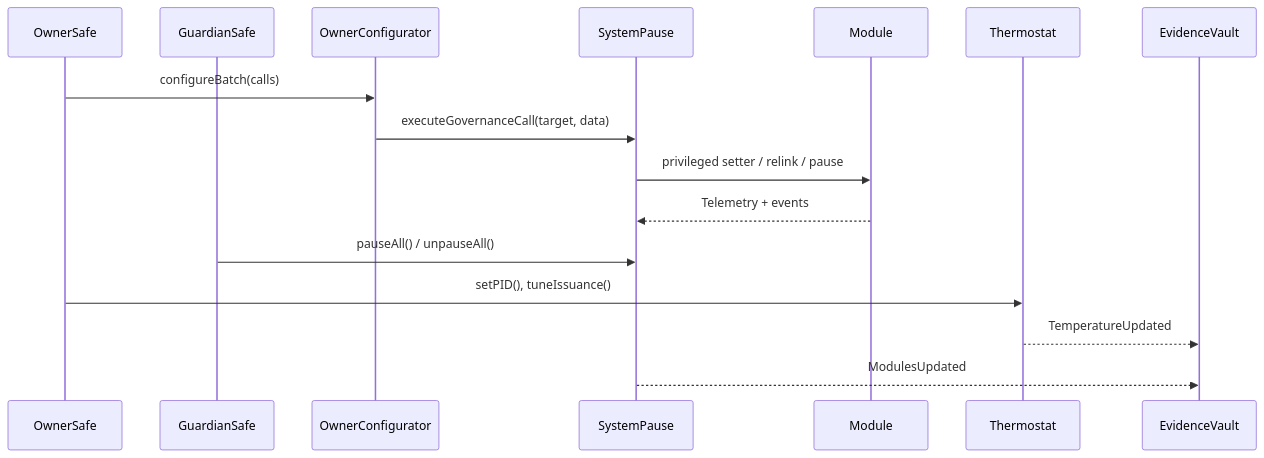
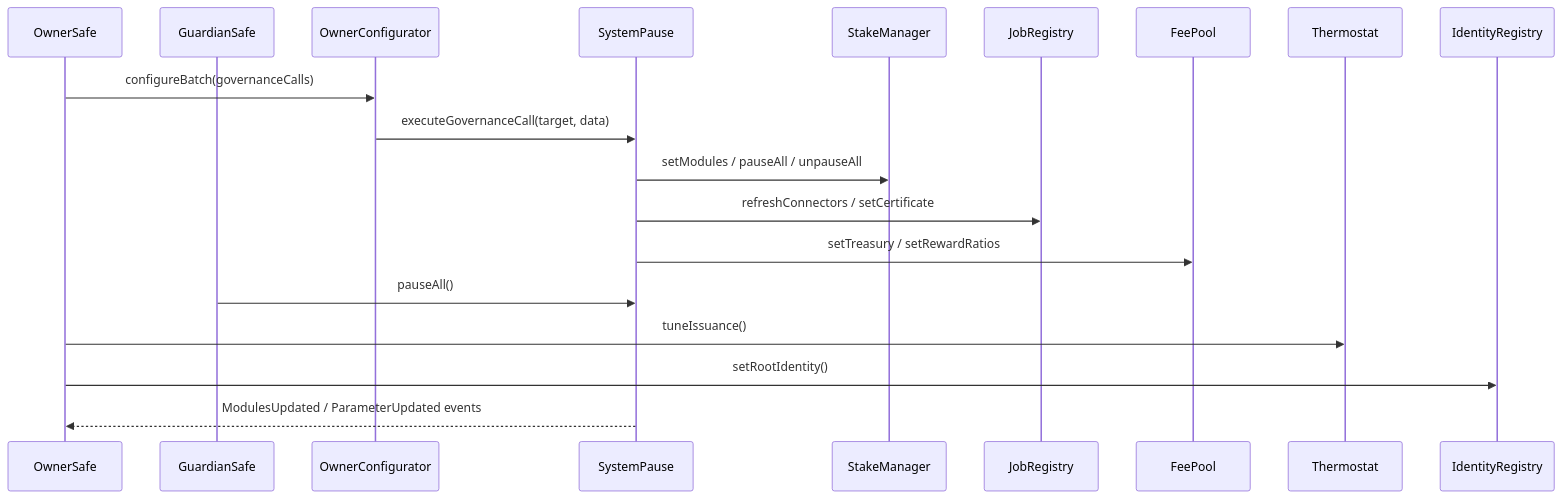
One commit to MontrealAI/agijobs-sovereign-labor-v0p1 changed the third of 5 diagrams in README.md. Above: the diagram before and after it, drawn with Mermaid. The commit also changed other lines of this file, not shown here.

Commit message:
docs: refresh sovereign README

````diff
--- a/README.md
+++ b/README.md
@@ -131,18 +111,21 @@
 ```mermaid
 sequenceDiagram
     participant OwnerSafe
     participant GuardianSafe
     participant OwnerConfigurator
     participant SystemPause
-    participant Module
+    participant StakeManager
+    participant JobRegistry
+    participant FeePool
     participant Thermostat
-    participant EvidenceVault
-    OwnerSafe->>OwnerConfigurator: configureBatch(calls)
+    participant IdentityRegistry
+    OwnerSafe->>OwnerConfigurator: configureBatch(governanceCalls)
     OwnerConfigurator->>SystemPause: executeGovernanceCall(target, data)
-    SystemPause->>Module: privileged setter / relink / pause
-    Module-->>SystemPause: Telemetry + events
-    GuardianSafe->>SystemPause: pauseAll() / unpauseAll()
-    OwnerSafe->>Thermostat: setPID(), tuneIssuance()
-    Thermostat-->>EvidenceVault: TemperatureUpdated
-    SystemPause-->>EvidenceVault: ModulesUpdated
+    SystemPause->>StakeManager: setModules / pauseAll / unpauseAll
+    SystemPause->>JobRegistry: refreshConnectors / setCertificate
+    SystemPause->>FeePool: setTreasury / setRewardRatios
+    GuardianSafe->>SystemPause: pauseAll()
+    OwnerSafe->>Thermostat: tuneIssuance()
+    OwnerSafe->>IdentityRegistry: setRootIdentity()
+    SystemPause-->>OwnerSafe: ModulesUpdated / ParameterUpdated events
 ```
````
